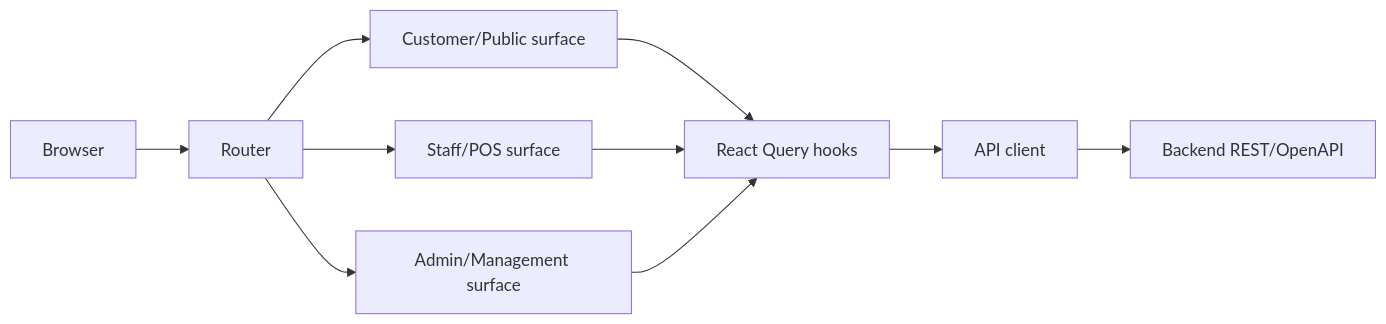
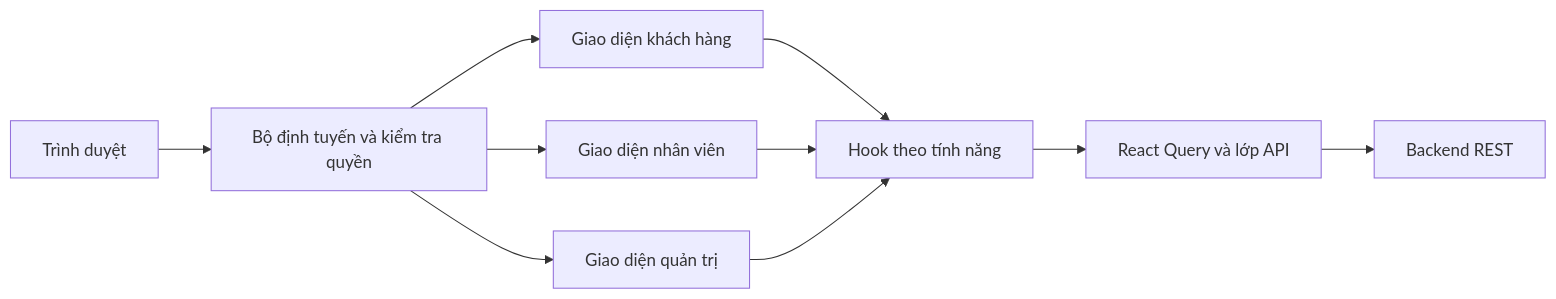
The diagram in docs/architecture/system-overview.md (TonsPV/Homestay-Booking-Management-System-FE), drawn with Mermaid before and after one commit. The commit also changed other lines of this file and 119 other files, not shown here.

````diff
--- a/docs/architecture/system-overview.md
+++ b/docs/architecture/system-overview.md
@@ -7,12 +13,12 @@
 ```mermaid
 flowchart LR
-  Browser --> Router
-  Router --> Public[Customer/Public surface]
-  Router --> Staff[Staff/POS surface]
-  Router --> Management[Admin/Management surface]
-  Public --> ReactQuery[React Query hooks]
-  Staff --> ReactQuery
-  Management --> ReactQuery
-  ReactQuery --> API[API client]
-  API --> Backend[Backend REST/OpenAPI]
+  A[Trình duyệt] --> B[Bộ định tuyến và kiểm tra quyền]
+  B --> C[Giao diện khách hàng]
+  B --> D[Giao diện nhân viên]
+  B --> E[Giao diện quản trị]
+  C --> F[Hook theo tính năng]
+  D --> F
+  E --> F
+  F --> G[React Query và lớp API]
+  G --> H[Backend REST]
 ```
````
